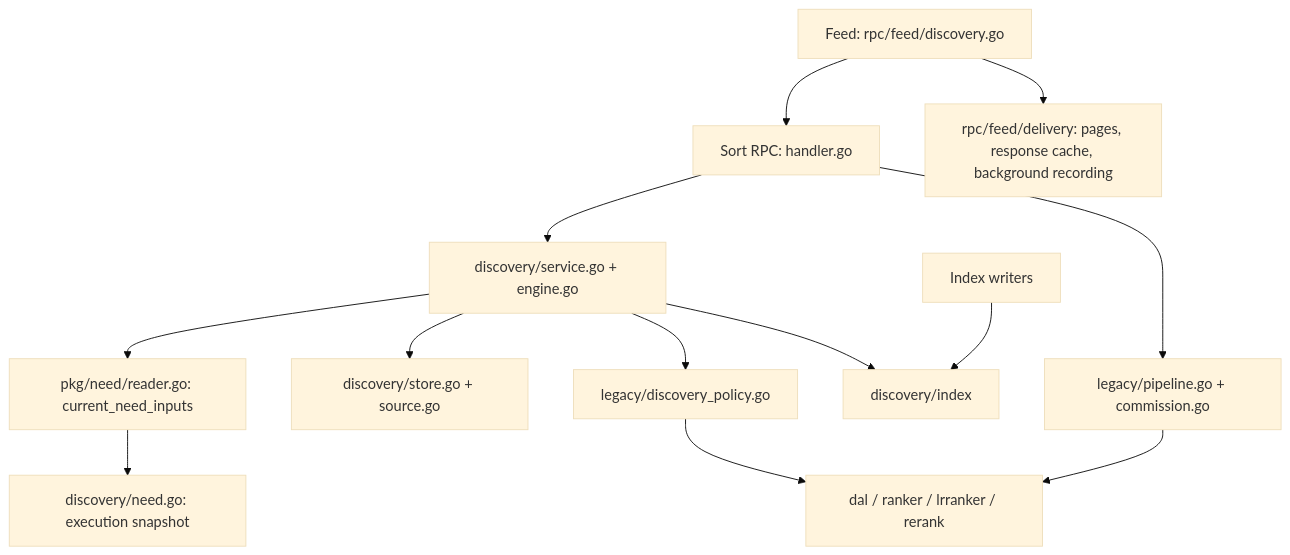
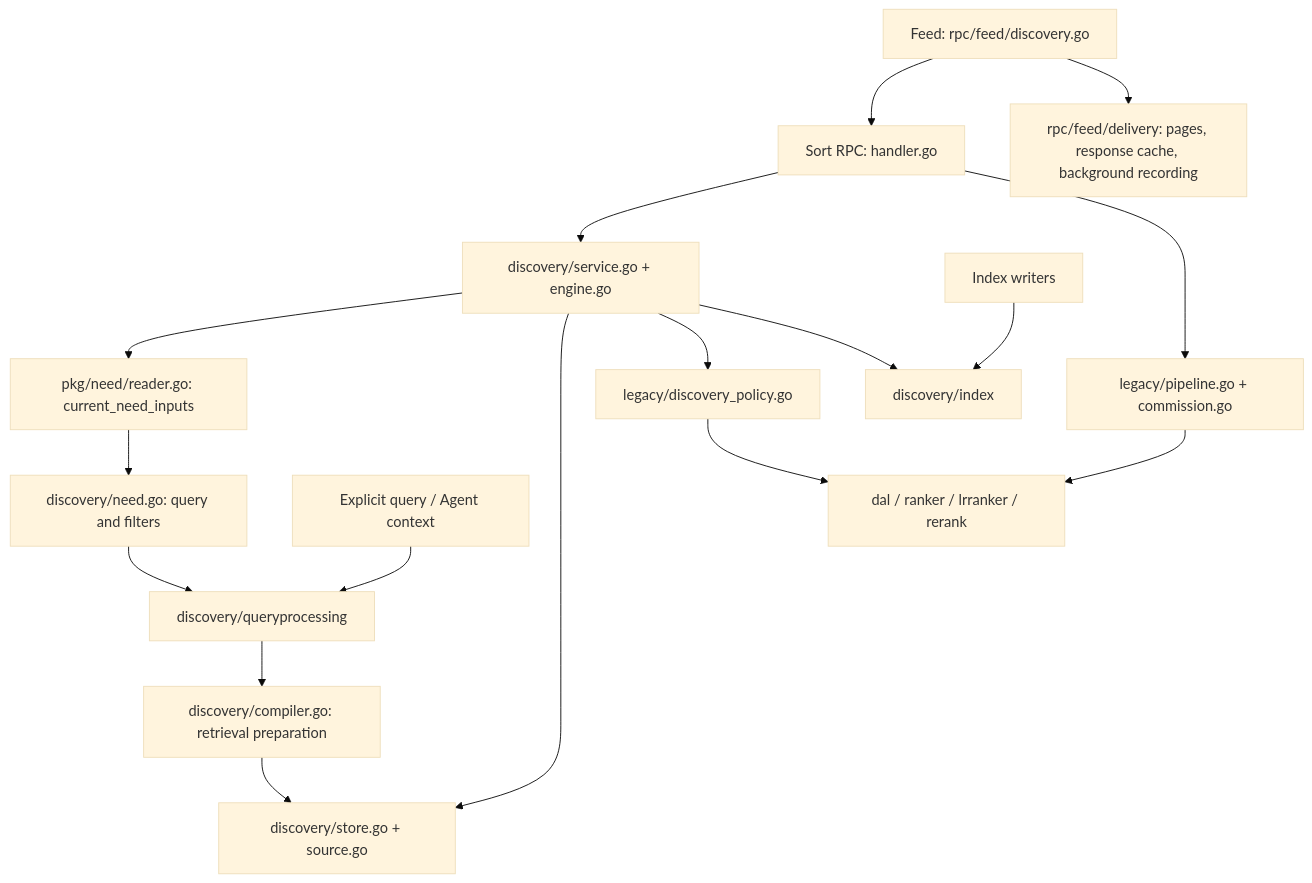
One commit to phronesis-io/eigenflux changed the diagram in rpc/sort/README.md. Above: the diagram before and after it, drawn with Mermaid (base theme). The commit also changed other lines of this file and 15 other files, not shown here.

Commit message:
refactor(discovery): share query processing across all text inputs

````diff
--- a/rpc/sort/README.md
+++ b/rpc/sort/README.md
@@ -46,15 +46,19 @@
 ```mermaid
 flowchart TD
     RPC[Sort RPC: handler.go] --> D[discovery/service.go + engine.go]
     RPC --> L[legacy/pipeline.go + commission.go]
     D --> N[pkg/need/reader.go: current_need_inputs]
-    N --> C[discovery/need.go: execution snapshot]
+    N --> C[discovery/need.go: query and filters]
+    Q[Explicit query / Agent context] --> PQuery[discovery/queryprocessing]
+    C --> PQuery
+    PQuery --> Compile[discovery/compiler.go: retrieval preparation]
+    Compile --> S
     D --> S[discovery/store.go + source.go]
     D --> P[legacy/discovery_policy.go]
     L --> R[dal / ranker / lrranker / rerank]
     P --> R
     D --> I[discovery/index]
     W[Index writers] --> I
     F[Feed: rpc/feed/discovery.go] --> RPC
     F --> Delivery[rpc/feed/delivery: pages, response cache, background recording]
 ```
````
